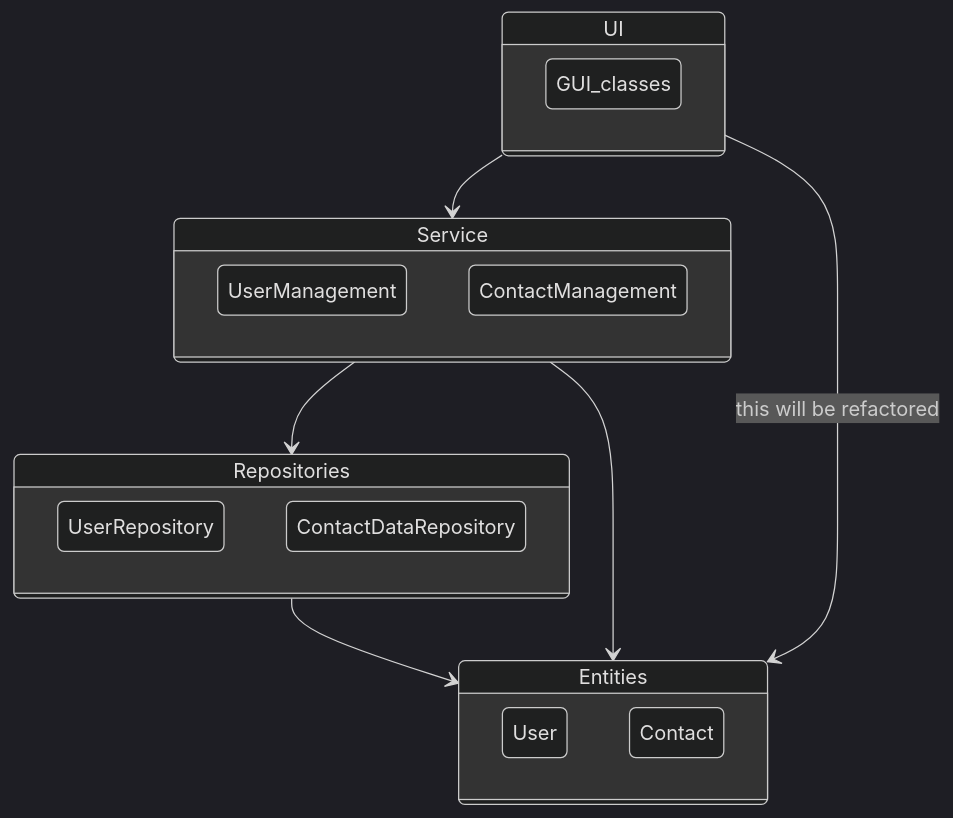
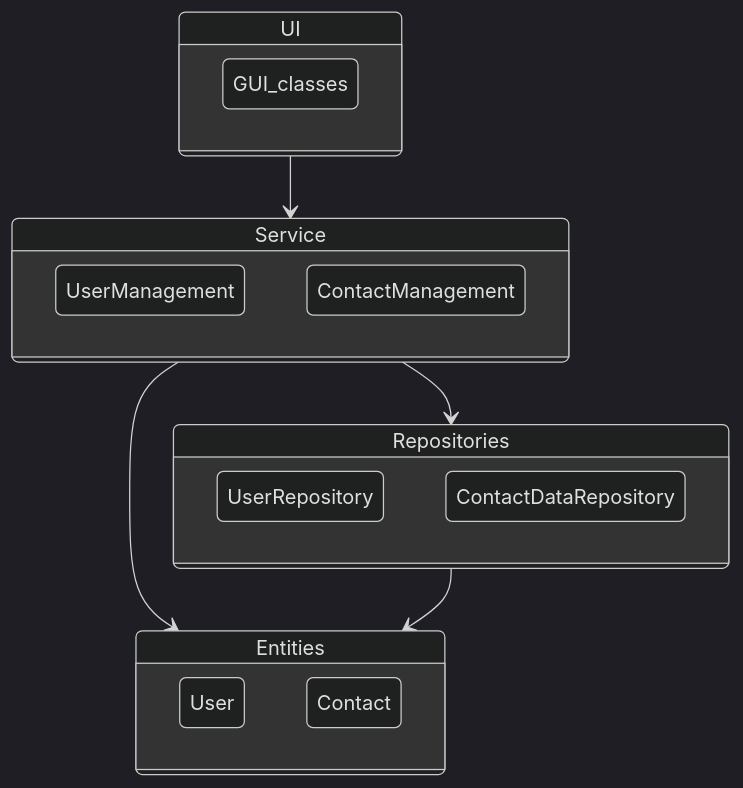
One commit to heidi-holappa/ot-harjoitustyo changed the first of 5 diagrams in documentation/architecture.md. Above: the diagram before and after it, drawn with Mermaid (dark theme). The commit also changed other lines of this file, not shown here.

Commit message:
update architecture documentation

````diff
--- a/documentation/architecture.md
+++ b/documentation/architecture.md
@@ -6,24 +6,23 @@
 ```mermaid
     stateDiagram
     state Repositories {
         UserRepository
         ContactDataRepository
     }
     state Service {
         UserManagement
         ContactManagement
     }
     state UI {
         GUI_classes
     }
     state Entities {
         User
         Contact
     }
 
     UI --> Service
     Service --> Repositories
     Service --> Entities
-    UI --> Entities: this will be refactored
     Repositories --> Entities
 ```
````
